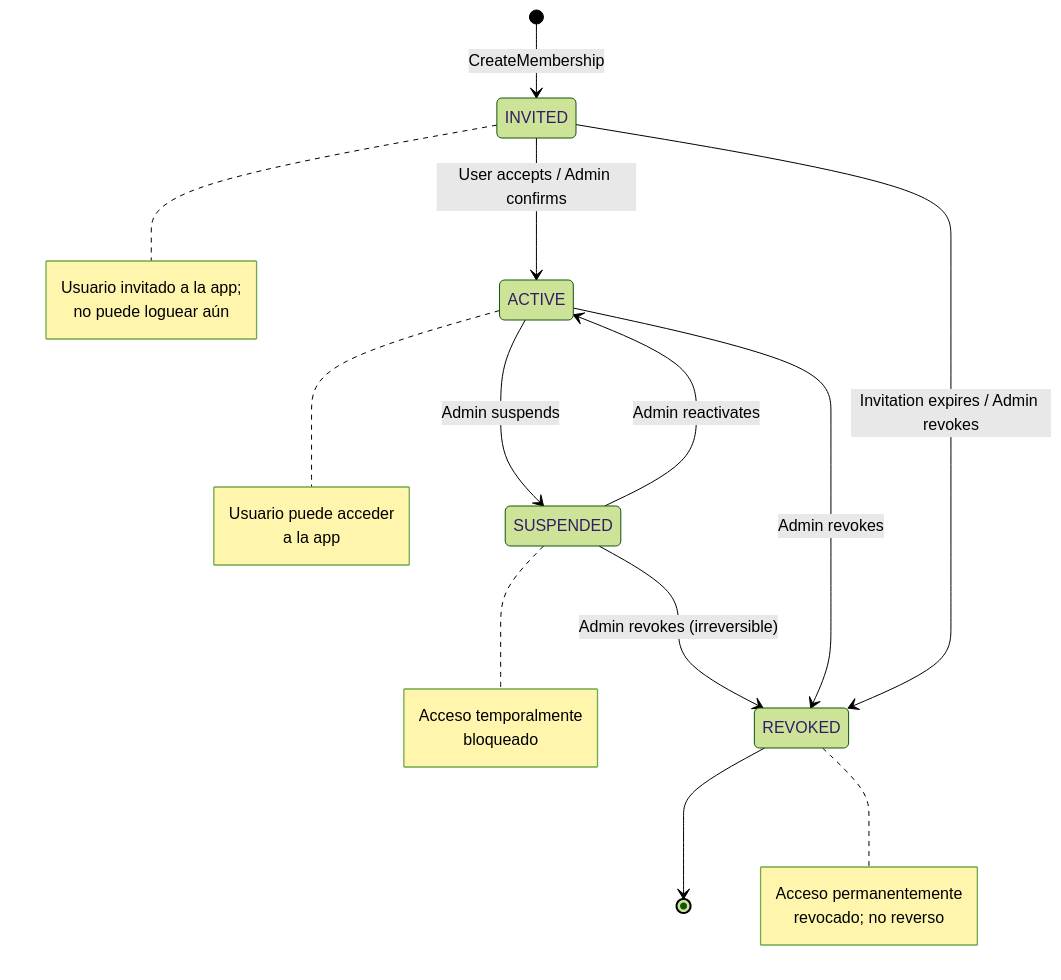
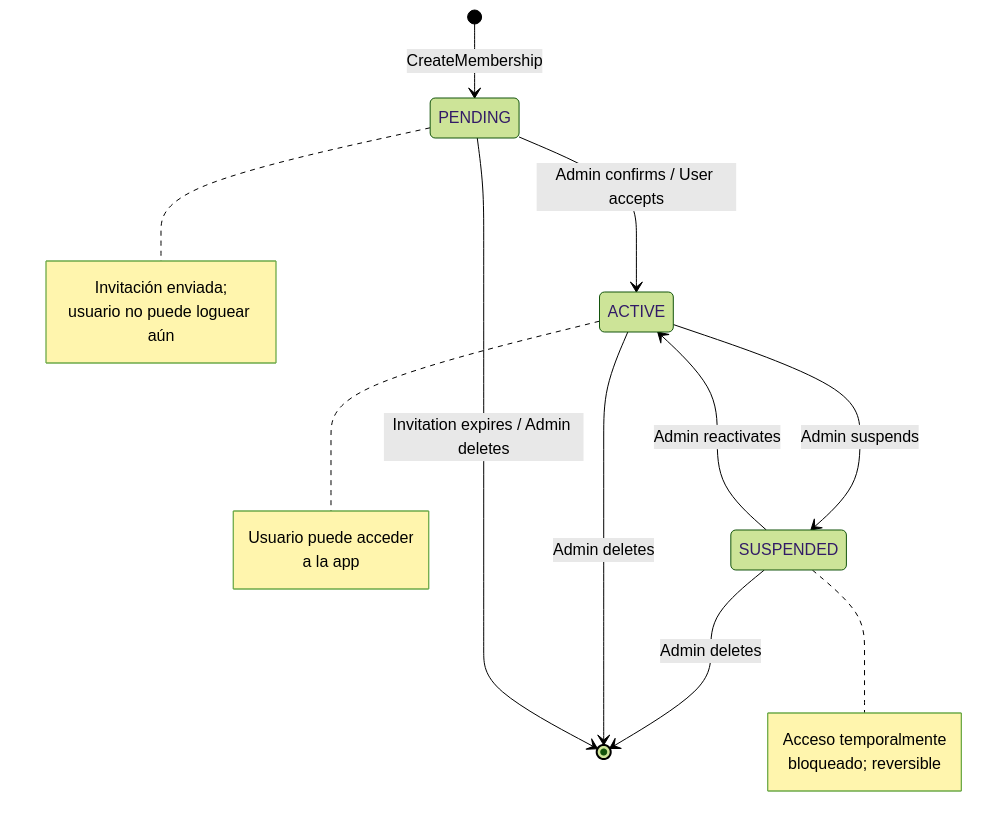
One commit to cmartinezs/keygo-server changed the ninth of 13 diagrams in docs/keygo-server/ENTITY_RELATIONSHIPS.md. Above: the diagram before and after it, drawn with Mermaid (forest theme). The commit also changed other lines of this file and 55 other files, not shown here.

````diff
--- a/docs/keygo-server/ENTITY_RELATIONSHIPS.md
+++ b/docs/keygo-server/ENTITY_RELATIONSHIPS.md
@@ -329,31 +359,25 @@
 ```mermaid
 stateDiagram-v2
-    [*] --> INVITED: CreateMembership
-    INVITED --> ACTIVE: User accepts / Admin confirms
+    [*] --> PENDING: CreateMembership
+    PENDING --> ACTIVE: Admin confirms / User accepts
     ACTIVE --> SUSPENDED: Admin suspends
     SUSPENDED --> ACTIVE: Admin reactivates
-    SUSPENDED --> REVOKED: Admin revokes (irreversible)
-    ACTIVE --> REVOKED: Admin revokes
-    REVOKED --> [*]
-    INVITED --> REVOKED: Invitation expires / Admin revokes
+    SUSPENDED --> [*]: Admin deletes
+    ACTIVE --> [*]: Admin deletes
+    PENDING --> [*]: Invitation expires / Admin deletes
 
-    note right of INVITED
-        Usuario invitado a la app;
-        no puede loguear aún
+    note right of PENDING
+        Invitación enviada;
+        usuario no puede loguear aún
     end note
 
     note right of ACTIVE
         Usuario puede acceder
         a la app
     end note
 
     note right of SUSPENDED
         Acceso temporalmente
-        bloqueado
-    end note
-
-    note right of REVOKED
-        Acceso permanentemente
-        revocado; no reverso
+        bloqueado; reversible
     end note
 ```
````
